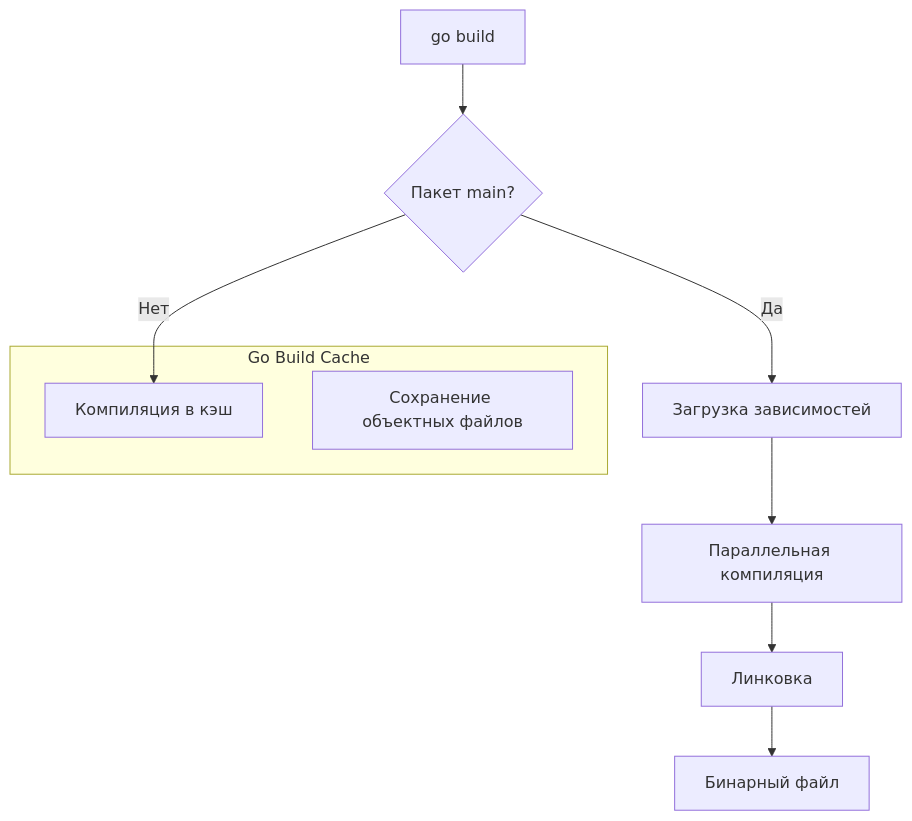
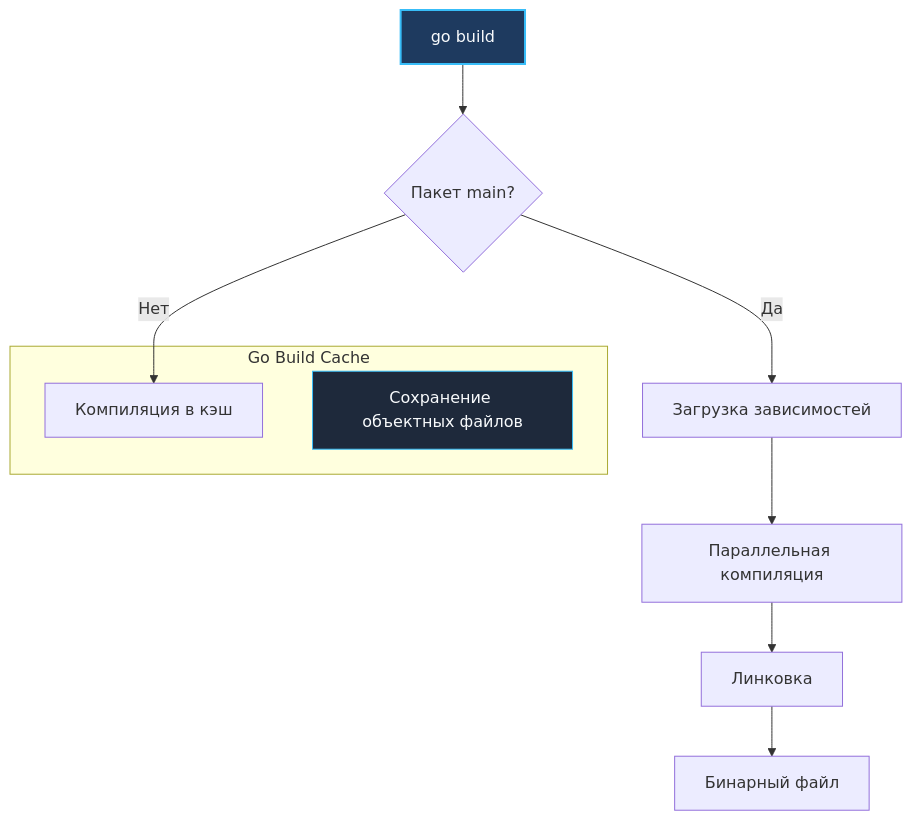
Before and after one commit to UnrealTemplier/go-textbook: the diagram in sources/8. Инфраструктура языка, Тулинг и CI_CD/3. go build. Сборка бинарников.md, drawn with Mermaid. The commit also changed 1666 other files, not shown here.

First line of the commit message:
feat(mermaid): add semantic color classDef to 1369 colorless flowchart/graph diagrams

````diff
--- a/sources/8. Инфраструктура языка, Тулинг и CI_CD/3. go build. Сборка бинарников.md
+++ b/sources/8. Инфраструктура языка, Тулинг и CI_CD/3. go build. Сборка бинарников.md
@@ -39,14 +39,24 @@
 ```mermaid
 flowchart TD
-    A["go build"] --> B{"Пакет main?"}
+    classDef process  fill:#1e293b,stroke:#38bdf8,stroke-width:1px,color:#f8fafc
+    classDef success  fill:#064e3b,stroke:#34d399,stroke-width:1px,color:#f8fafc
+    classDef error    fill:#7f1d1d,stroke:#f87171,stroke-width:1px,color:#f8fafc
+    classDef warning  fill:#78350f,stroke:#fbbf24,stroke-width:1px,color:#f8fafc
+    classDef entry    fill:#1e3a5f,stroke:#38bdf8,stroke-width:2px,color:#f8fafc
+    classDef aux      fill:#334155,stroke:#64748b,stroke-width:1px,color:#f8fafc
+    classDef system   fill:#312e81,stroke:#a78bfa,stroke-width:1px,color:#f8fafc
+    classDef data     fill:#132d29,stroke:#2dd4bf,stroke-width:1px,color:#f8fafc
+    classDef network  fill:#881337,stroke:#fb7185,stroke-width:1px,color:#f8fafc
+    classDef accent   fill:#1e1b4b,stroke:#818cf8,stroke-width:1px,color:#f8fafc
+    A["go build"]:::entry --> B{"Пакет main?"}
     B -- Нет --> C["Компиляция в кэш"]
     B -- Да --> D["Загрузка зависимостей"]
     D --> E["Параллельная компиляция"]
     E --> F["Линковка"]
     F --> G["Бинарный файл"]
     
     subgraph Cache ["Go Build Cache"]
         C
-        H["Сохранение объектных файлов"]
+        H["Сохранение объектных файлов"]:::process
     end
 ```
````
